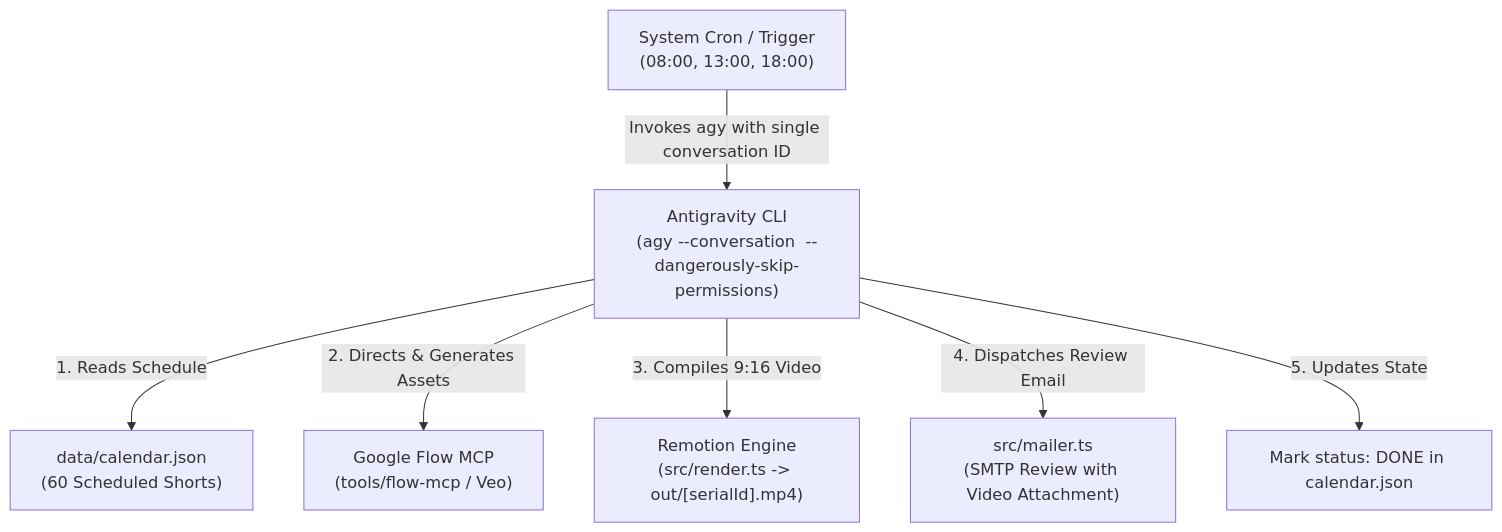
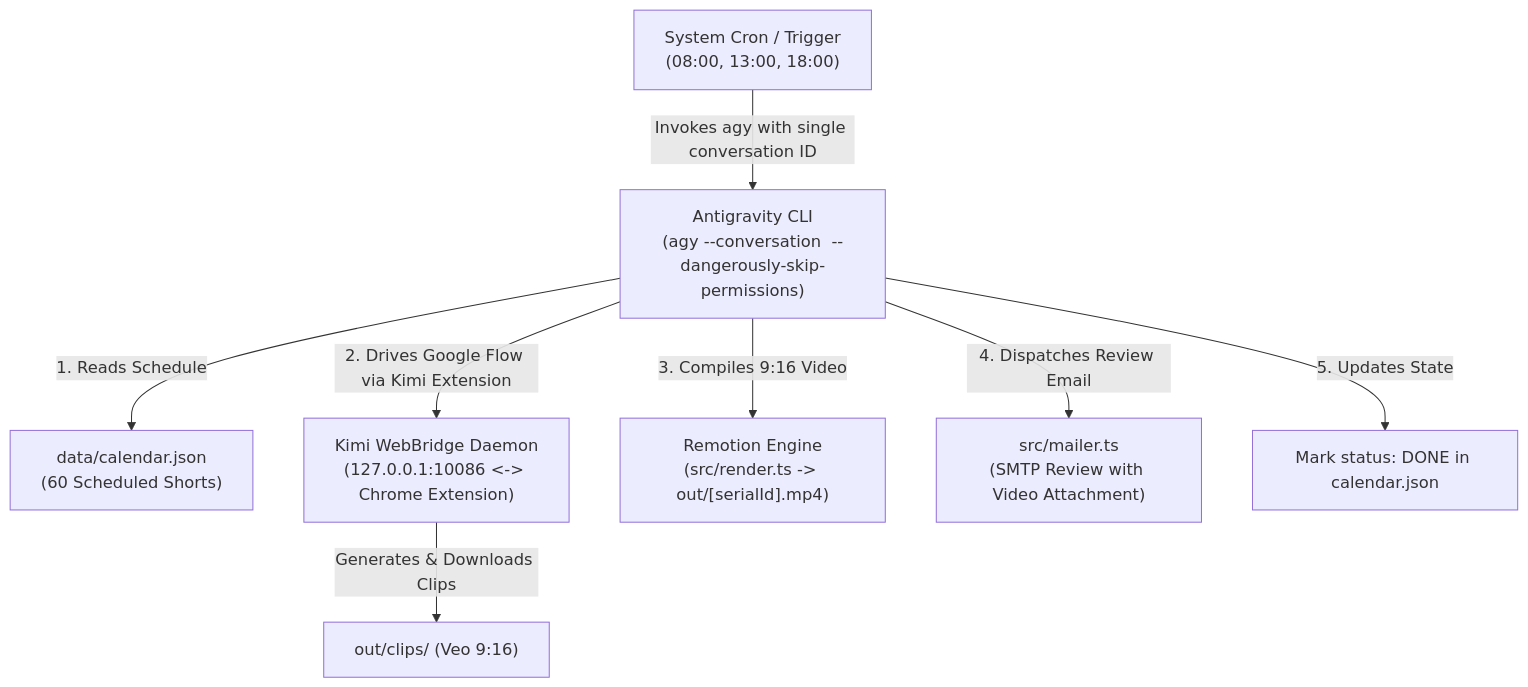
Before and after one commit to udezueoluomachi/yt-automation-wf: the diagram in GEMINI.md, drawn with Mermaid. The commit also changed other lines of this file and 8 other files, not shown here.

Commit message:
feat: install and configure Kimi Browser Extension (WebBridge) for active session control

````diff
--- a/GEMINI.md
+++ b/GEMINI.md
@@ -8,9 +8,10 @@
 ```mermaid
 flowchart TD
     Cron["System Cron / Trigger\n(08:00, 13:00, 18:00)"] -->|Invokes agy with single conversation ID| AGY["Antigravity CLI\n(agy --conversation <id> --dangerously-skip-permissions)"]
     AGY -->|1. Reads Schedule| Cal["data/calendar.json\n(60 Scheduled Shorts)"]
-    AGY -->|2. Directs & Generates Assets| Flow["Google Flow MCP\n(tools/flow-mcp / Veo)"]
+    AGY -->|2. Drives Google Flow via Kimi Extension| Kimi["Kimi WebBridge Daemon\n(127.0.0.1:10086 <-> Chrome Extension)"]
+    Kimi -->|Generates & Downloads Clips| Media["out/clips/ (Veo 9:16)"]
     AGY -->|3. Compiles 9:16 Video| Remotion["Remotion Engine\n(src/render.ts -> out/[serialId].mp4)"]
     AGY -->|4. Dispatches Review Email| Mail["src/mailer.ts\n(SMTP Review with Video Attachment)"]
     AGY -->|5. Updates State| CalDone["Mark status: DONE in calendar.json"]
 ```
````
